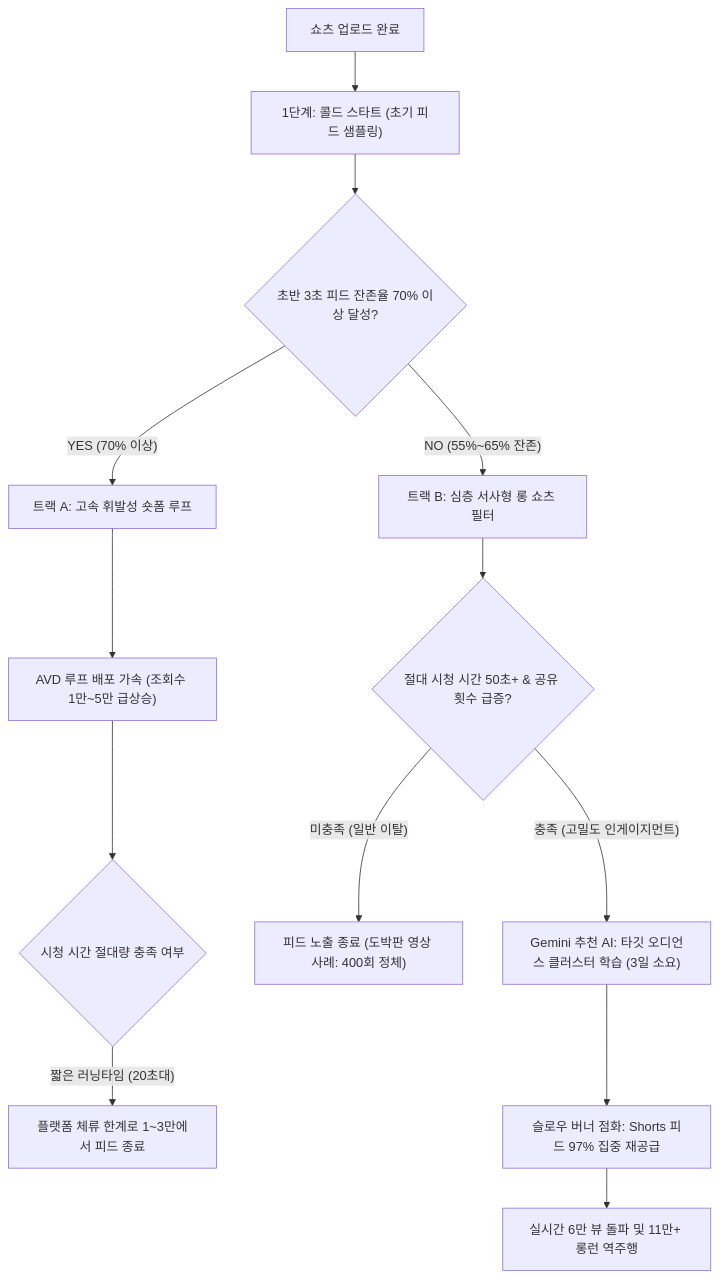
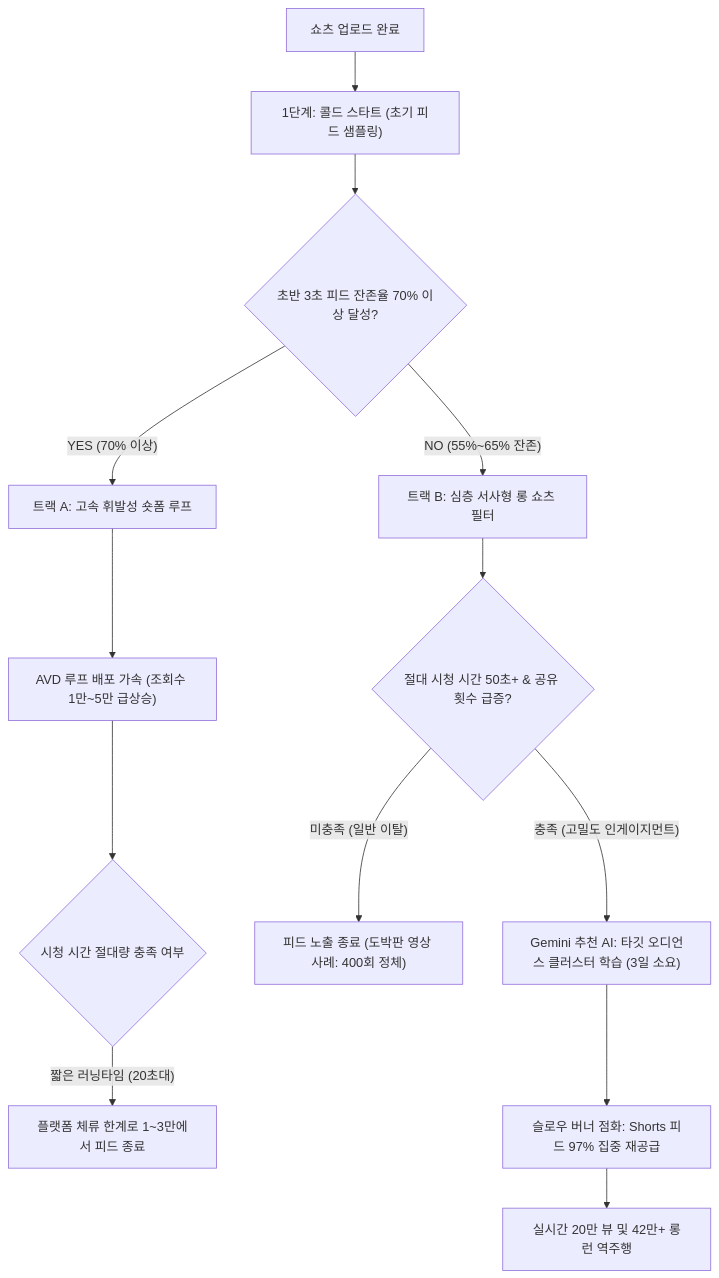
Before and after one commit to pandragun-sudo/Lumen-blog: the diagram in src/content/blog/2026-09-11-shorts-retention-vs-watch-time-share-algorithm.md, drawn with Mermaid. The commit also changed other lines of this file and 3 other files, not shown here.

````diff
--- a/src/content/blog/2026-09-11-shorts-retention-vs-watch-time-share-algorithm.md
+++ b/src/content/blog/2026-09-11-shorts-retention-vs-watch-time-share-algorithm.md
@@ -113,19 +174,19 @@
 ```mermaid
 flowchart TD
     Start["쇼츠 업로드 완료"] --> Phase1["1단계: 콜드 스타트 (초기 피드 샘플링)"]
     
     Phase1 --> DecisionA{"초반 3초 피드 잔존율 70% 이상 달성?"}
     
     DecisionA -- "YES (70% 이상)" --> PathA["트랙 A: 고속 휘발성 숏폼 루프"]
     PathA --> FastTrack["AVD 루프 배포 가속 (조회수 1만~5만 급상승)"]
     FastTrack --> EndCheckA{"시청 시간 절대량 충족 여부"}
     EndCheckA -- "짧은 러닝타임 (20초대)" --> CapA["플랫폼 체류 한계로 1~3만에서 피드 종료"]
     
     DecisionA -- "NO (55%~65% 잔존)" --> PathB["트랙 B: 심층 서사형 롱 쇼츠 필터"]
     PathB --> DeepCheck{"절대 시청 시간 50초+ & 공유 횟수 급증?"}
     
     DeepCheck -- "미충족 (일반 이탈)" --> Drop["피드 노출 종료 (도박판 영상 사례: 400회 정체)"]
     DeepCheck -- "충족 (고밀도 인게이지먼트)" --> ClusterAI["Gemini 추천 AI: 타깃 오디언스 클러스터 학습 (3일 소요)"]
     ClusterAI --> SlowBurn["슬로우 버너 점화: Shorts 피드 97% 집중 재공급"]
-    SlowBurn --> MegaViral["실시간 6만 뷰 돌파 및 11만+ 롱런 역주행"]
+    SlowBurn --> MegaViral["실시간 20만 뷰 및 42만+ 롱런 역주행"]
 ```
````
